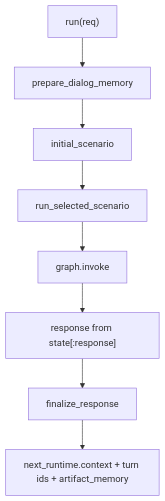
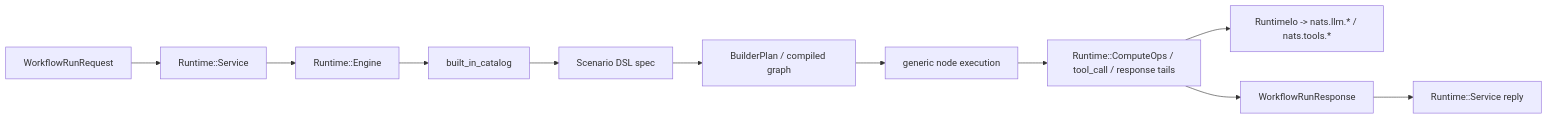
The diagram in src_langgraph_rb/README.md (komaroffsergei/webrtc-komaroff), drawn with Mermaid before and after one commit. The commit also changed other lines of this file and 19 other files, not shown here.

First line of the commit message:
feat: Add generic compute ops runtime and consolidate scenario execution logic

````diff
--- a/src_langgraph_rb/README.md
+++ b/src_langgraph_rb/README.md
@@ -106,10 +39,13 @@
 ```mermaid
-flowchart TD
-  A["run(req)"] --> B["prepare_dialog_memory"]
-  B --> C["initial_scenario"]
-  C --> D["run_selected_scenario"]
-  D --> E["graph.invoke"]
-  E --> F["response from state[:response]"]
-  F --> G["finalize_response"]
-  G --> H["next_runtime.context + turn ids + artifact_memory"]
+flowchart LR
+  A["WorkflowRunRequest"] --> B["Runtime::Service"]
+  B --> C["Runtime::Engine"]
+  C --> D["built_in_catalog"]
+  D --> E["Scenario DSL spec"]
+  E --> F["BuilderPlan / compiled graph"]
+  F --> G["generic node execution"]
+  G --> H["Runtime::ComputeOps / tool_call / response tails"]
+  H --> I["RuntimeIo -> nats.llm.* / nats.tools.*"]
+  H --> J["WorkflowRunResponse"]
+  J --> K["Runtime::Service reply"]
 ```
````
